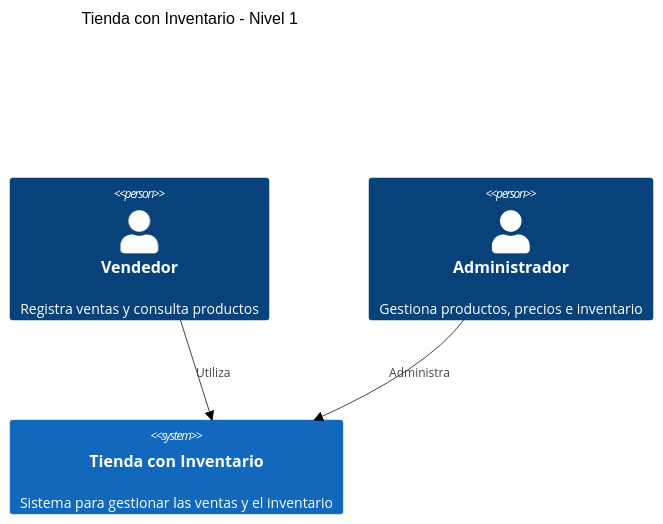
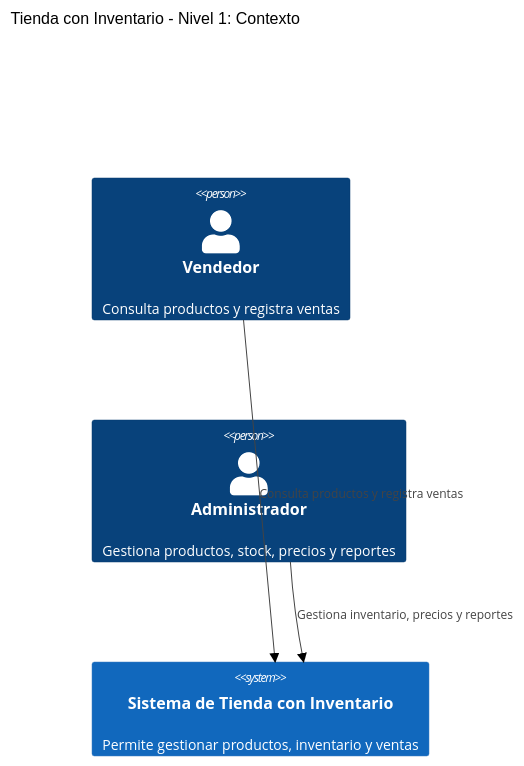
The diagram in h4/c4.md (fmoises10/expediente-arq-castellon), drawn with Mermaid (forest theme) before and after one commit. The commit also changed other lines of this file, not shown here.

Commit message:
c4 segundo corregido

````diff
--- a/h4/c4.md
+++ b/h4/c4.md
@@ -1,12 +5,12 @@
 ```mermaid
 C4Context
-    title Tienda con Inventario - Nivel 1
+    title Tienda con Inventario - Nivel 1: Contexto
 
-    Person(vendedor, "Vendedor", "Registra ventas y consulta productos")
-    Person(administrador, "Administrador", "Gestiona productos, precios e inventario")
+    Person(vendedor, "Vendedor", "Consulta productos y registra ventas")
+    Person(administrador, "Administrador", "Gestiona productos, stock, precios y reportes")
 
-    System(tienda, "Tienda con Inventario", "Sistema para gestionar las ventas y el inventario")
+    System(tienda, "Sistema de Tienda con Inventario", "Permite gestionar productos, inventario y ventas")
 
-    Rel(vendedor, tienda, "Utiliza")
-    Rel(administrador, tienda, "Administra")
+    Rel(vendedor, tienda, "Consulta productos y registra ventas")
+    Rel(administrador, tienda, "Gestiona inventario, precios y reportes")
 ```
````
